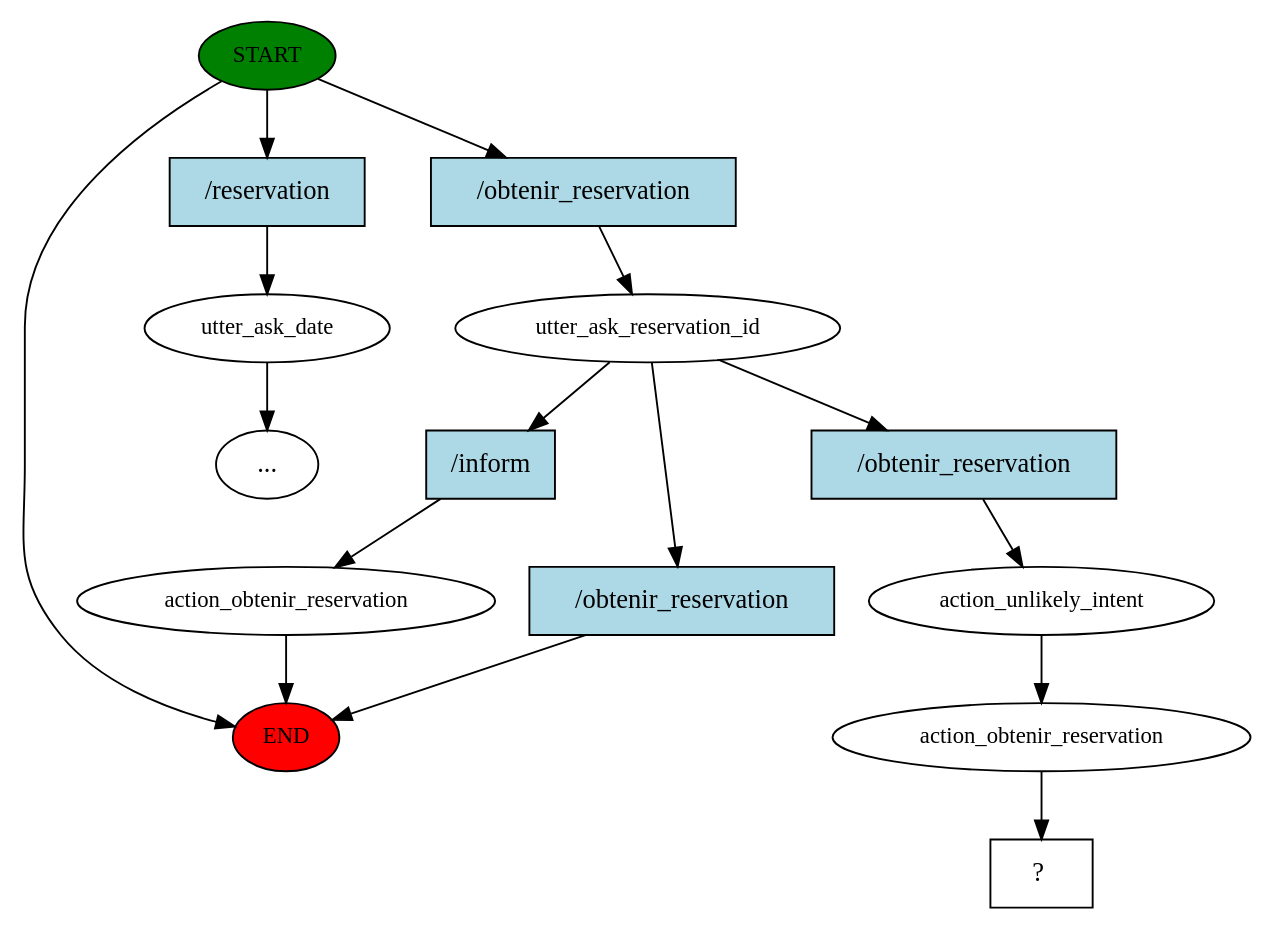
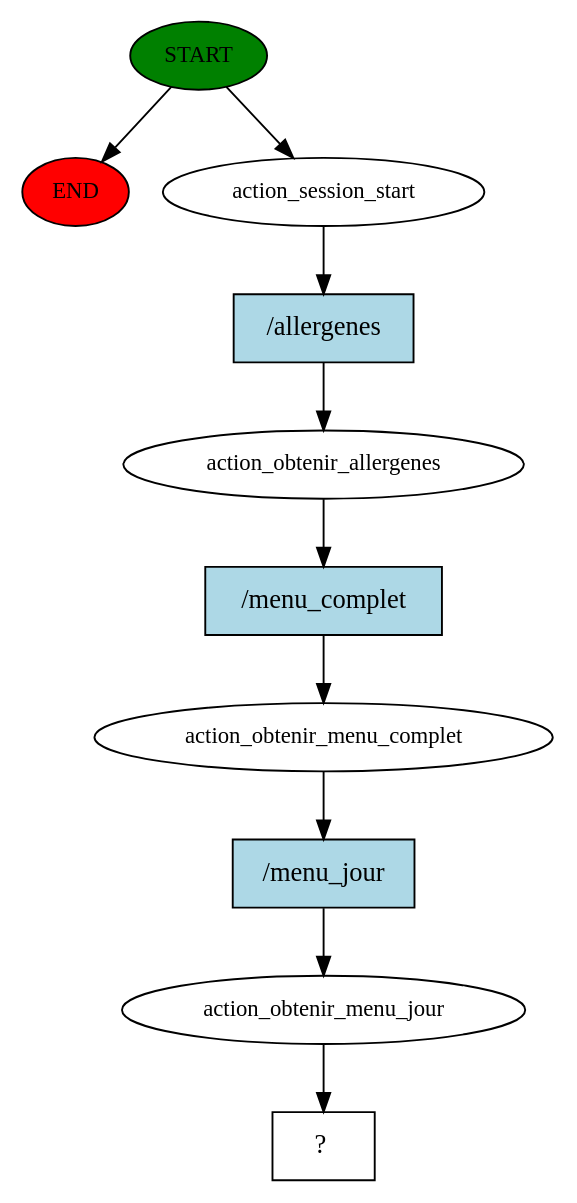
The diagram in story_graph.dot (alexisDEF/bill), drawn with Graphviz before and after one commit. The commit also changed 15 other files, not shown here.

```diff
--- a/story_graph.dot
+++ b/story_graph.dot
@@ -1,31 +1,21 @@
 digraph  {
 0 [class="start active", fillcolor=green, fontsize=12, label=START, style=filled];
 "-1" [class=end, fillcolor=red, fontsize=12, label=END, style=filled];
-1 [class="", fontsize=12, label=utter_ask_date];
-"-4" [class=ellipsis, label="..."];
-3 [class=active, fontsize=12, label=utter_ask_reservation_id];
-4 [class="", fontsize=12, label=action_obtenir_reservation];
-7 [class=active, fontsize=12, label=action_unlikely_intent];
-8 [class=active, fontsize=12, label=action_obtenir_reservation];
-9 [class="intent dashed active", label="  ?  ", shape=rect];
-10 [class=intent, fillcolor=lightblue, label="/reservation", shape=rect, style=filled];
-11 [class="intent active", fillcolor=lightblue, label="/obtenir_reservation", shape=rect, style=filled];
-12 [class=intent, fillcolor=lightblue, label="/inform", shape=rect, style=filled];
-13 [class=intent, fillcolor=lightblue, label="/obtenir_reservation", shape=rect, style=filled];
-14 [class="intent active", fillcolor=lightblue, label="/obtenir_reservation", shape=rect, style=filled];
+1 [class=active, fontsize=12, label=action_session_start];
+2 [class=active, fontsize=12, label=action_obtenir_allergenes];
+3 [class=active, fontsize=12, label=action_obtenir_menu_complet];
+4 [class=active, fontsize=12, label=action_obtenir_menu_jour];
+5 [class="intent dashed active", label="  ?  ", shape=rect];
+6 [class="intent active", fillcolor=lightblue, label="/allergenes", shape=rect, style=filled];
+7 [class="intent active", fillcolor=lightblue, label="/menu_complet", shape=rect, style=filled];
+8 [class="intent active", fillcolor=lightblue, label="/menu_jour", shape=rect, style=filled];
 0 -> "-1"  [class="", key=NONE, label=""];
-0 -> 10  [class="", key=0];
-0 -> 11  [class=active, key=0];
-1 -> "-4"  [class="", key=NONE, label=""];
-3 -> 12  [class="", key=0];
-3 -> 13  [class="", key=0];
-3 -> 14  [class=active, key=0];
-4 -> "-1"  [class="", key=NONE, label=""];
-7 -> 8  [class=active, key=NONE, label=""];
-8 -> 9  [class=active, key=NONE, label=""];
-10 -> 1  [class="", key=0];
-11 -> 3  [class=active, key=0];
-12 -> 4  [class="", key=0];
-13 -> "-1"  [class="", key=0];
-14 -> 7  [class=active, key=0];
+0 -> 1  [class=active, key=NONE, label=""];
+1 -> 6  [class=active, key=0];
+2 -> 7  [class=active, key=0];
+3 -> 8  [class=active, key=0];
+4 -> 5  [class=active, key=NONE, label=""];
+6 -> 2  [class=active, key=0];
+7 -> 3  [class=active, key=0];
+8 -> 4  [class=active, key=0];
 }
```
